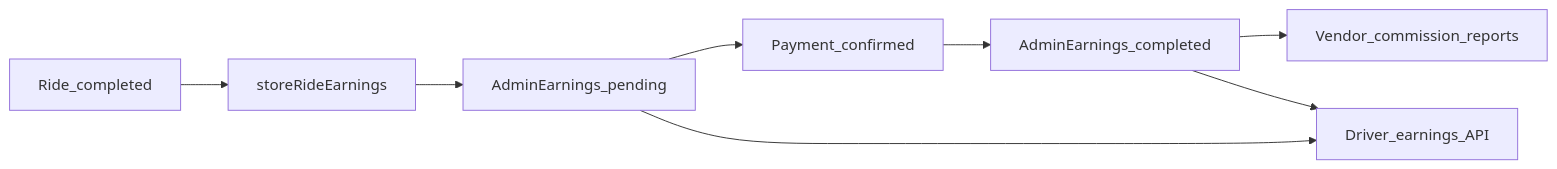
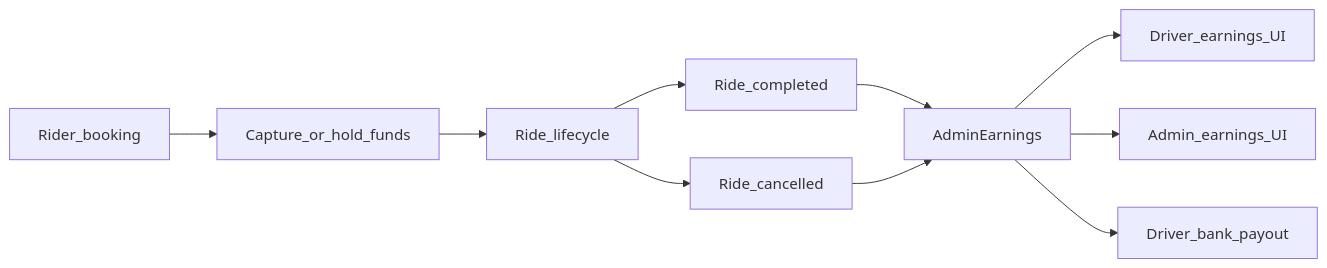
The diagram in EARNINGS_SYSTEM.md (shubhamshelke6103/Test_Main_Cerca_cabs), drawn with Mermaid before and after one commit. The commit also changed other lines of this file and 19 other files, not shown here.

````diff
--- a/EARNINGS_SYSTEM.md
+++ b/EARNINGS_SYSTEM.md
@@ -177,18 +177,22 @@
 ```mermaid
 flowchart LR
-  rideDone[Ride_completed]
-  store[storeRideEarnings]
-  row[AdminEarnings_pending]
-  payment[Payment_confirmed]
-  done[AdminEarnings_completed]
-  vendor[Vendor_commission_reports]
-  driver[Driver_earnings_API]
+  booking[Rider_booking]
+  capture[Capture_or_hold_funds]
+  rideLife[Ride_lifecycle]
+  complete[Ride_completed]
+  cancel[Ride_cancelled]
+  ae[AdminEarnings]
+  driverUI[Driver_earnings_UI]
+  adminUI[Admin_earnings_UI]
+  payout[Driver_bank_payout]
 
-  rideDone --> store
-  store --> row
-  row --> payment
-  payment --> done
-  done --> vendor
-  row --> driver
-  done --> driver
+  booking --> capture
+  capture --> rideLife
+  rideLife --> complete
+  rideLife --> cancel
+  complete --> ae
+  cancel --> ae
+  ae --> driverUI
+  ae --> adminUI
+  ae --> payout
 ```
````
